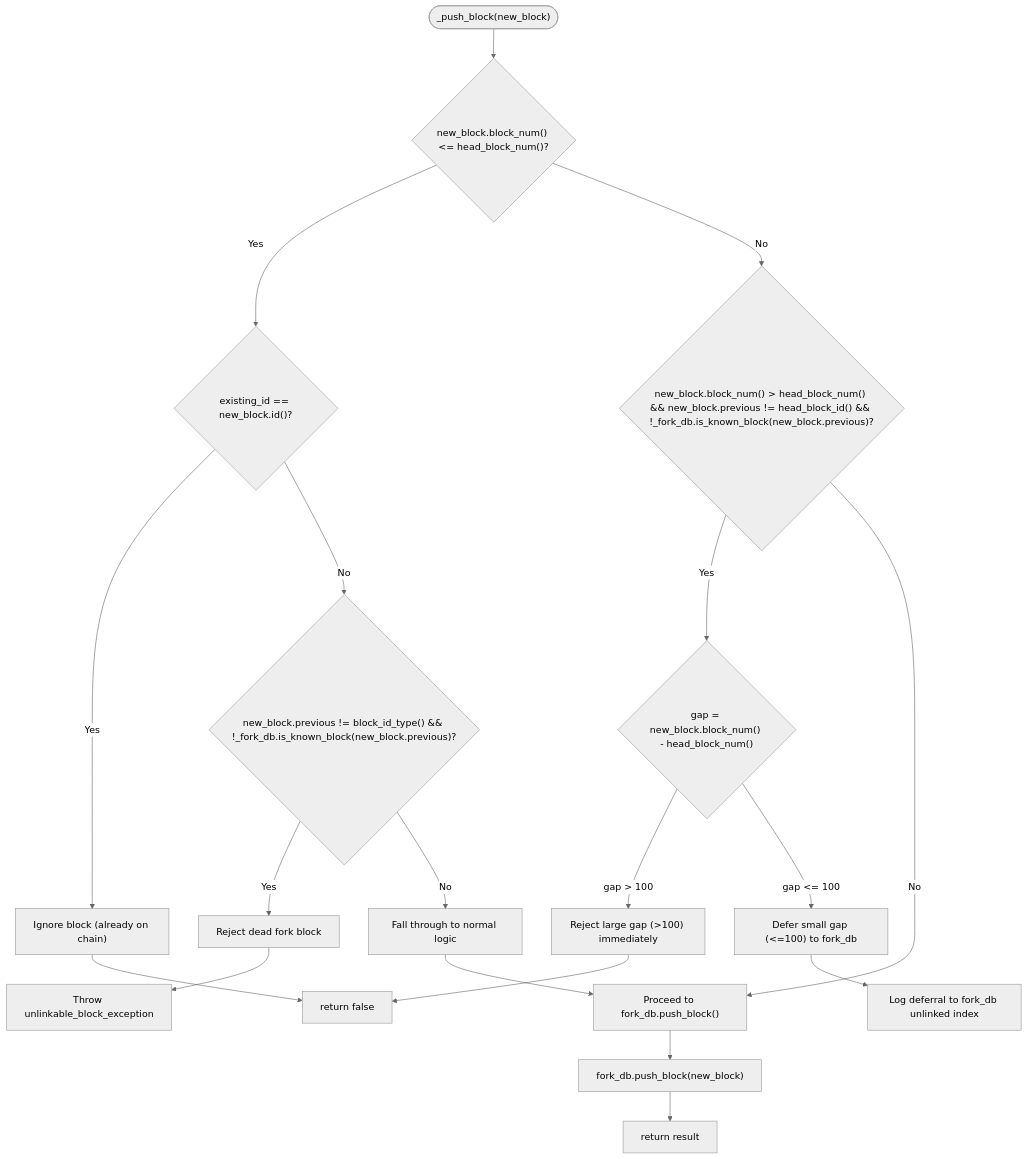
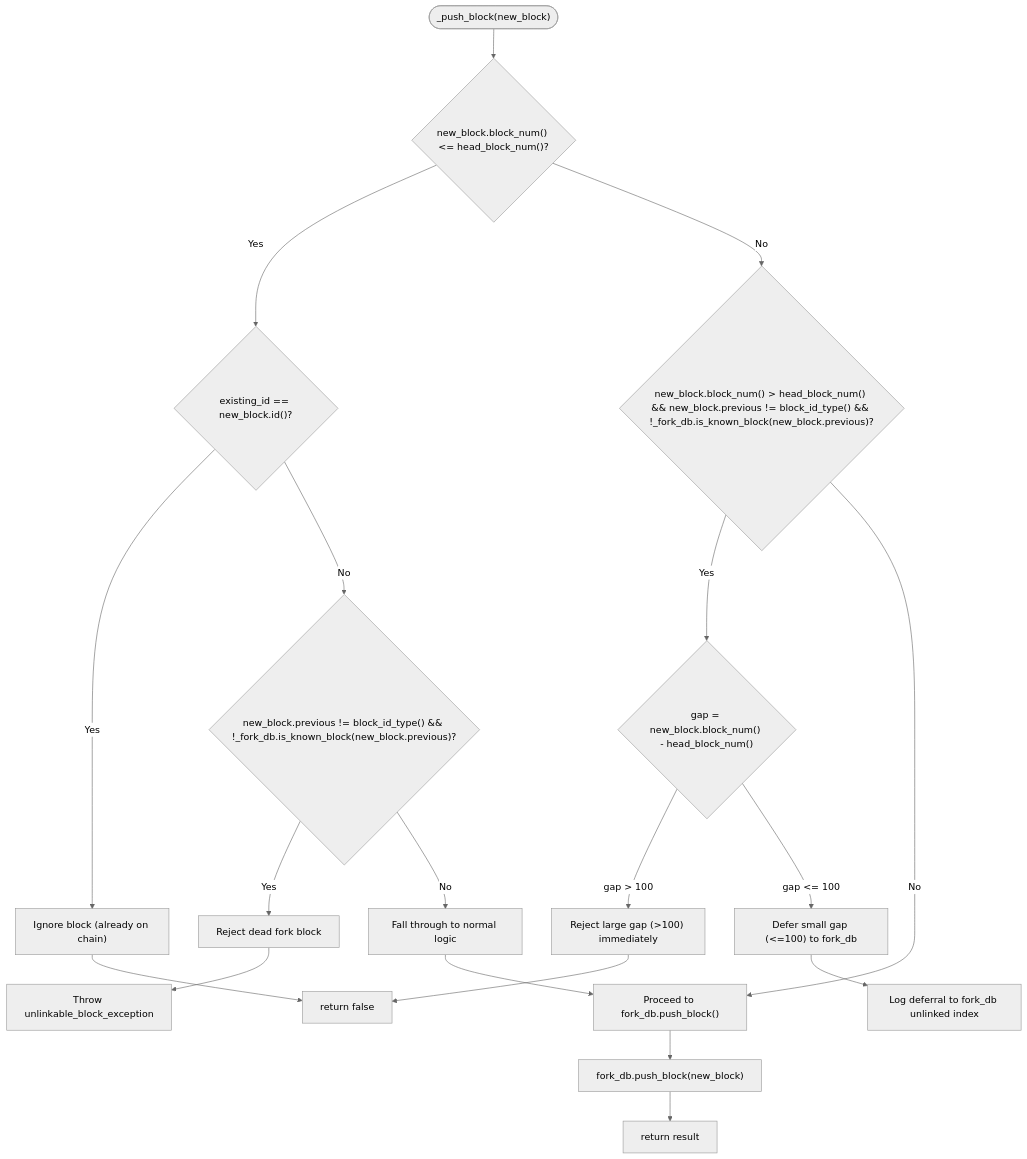
One commit to VIZ-Blockchain/viz-cpp-node changed diagram 19 of 32 in .qoder/repowiki/en/content/Architecture Overview/Core Libraries/Chain Library/Database Management/Database Management.md. Above: the diagram before and after it, drawn with Mermaid (neutral theme). The commit also changed other lines of this file and 4 other files, not shown here.

````diff
--- a/.qoder/repowiki/en/content/Architecture Overview/Core Libraries/Chain Library/Database Management/Database Management.md
+++ b/.qoder/repowiki/en/content/Architecture Overview/Core Libraries/Chain Library/Database Management/Database Management.md
@@ -1030,21 +1034,21 @@
 ```mermaid
 flowchart TD
 Start(["_push_block(new_block)"]) --> CheckAtOrBelow{"new_block.block_num() <= head_block_num()?"}
 CheckAtOrBelow --> |Yes| CheckExisting{"existing_id == new_block.id()?"}
 CheckExisting --> |Yes| IgnoreBlock["Ignore block (already on chain)"]
 CheckExisting --> |No| CheckParent{"new_block.previous != block_id_type() && !_fork_db.is_known_block(new_block.previous)?"}
 CheckParent --> |Yes| RejectDeadFork["Reject dead fork block"]
 CheckParent --> |No| FallThrough["Fall through to normal logic"]
-CheckAtOrBelow --> |No| CheckFarAhead{"new_block.block_num() > head_block_num() && new_block.previous != head_block_id() && !_fork_db.is_known_block(new_block.previous)?"}
+CheckAtOrBelow --> |No| CheckFarAhead{"new_block.block_num() > head_block_num() && new_block.previous != block_id_type() && !_fork_db.is_known_block(new_block.previous)?"}
 CheckFarAhead --> |Yes| CheckGap{"gap = new_block.block_num() - head_block_num()"}
 CheckGap --> |gap > 100| RejectLargeGap["Reject large gap (>100) immediately"]
 CheckGap --> |gap <= 100| DeferSmallGap["Defer small gap (<=100) to fork_db"]
 CheckFarAhead --> |No| CheckForkDB["Proceed to fork_db.push_block()"]
 IgnoreBlock --> ReturnFalse["return false"]
 RejectDeadFork --> ThrowException["Throw unlinkable_block_exception"]
 FallThrough --> CheckForkDB
 RejectLargeGap --> ReturnFalse
 DeferSmallGap --> LogDefer["Log deferral to fork_db unlinked index"]
 CheckForkDB --> ForkDBPush["fork_db.push_block(new_block)"]
 ForkDBPush --> ReturnResult["return result"]
 ```
````
